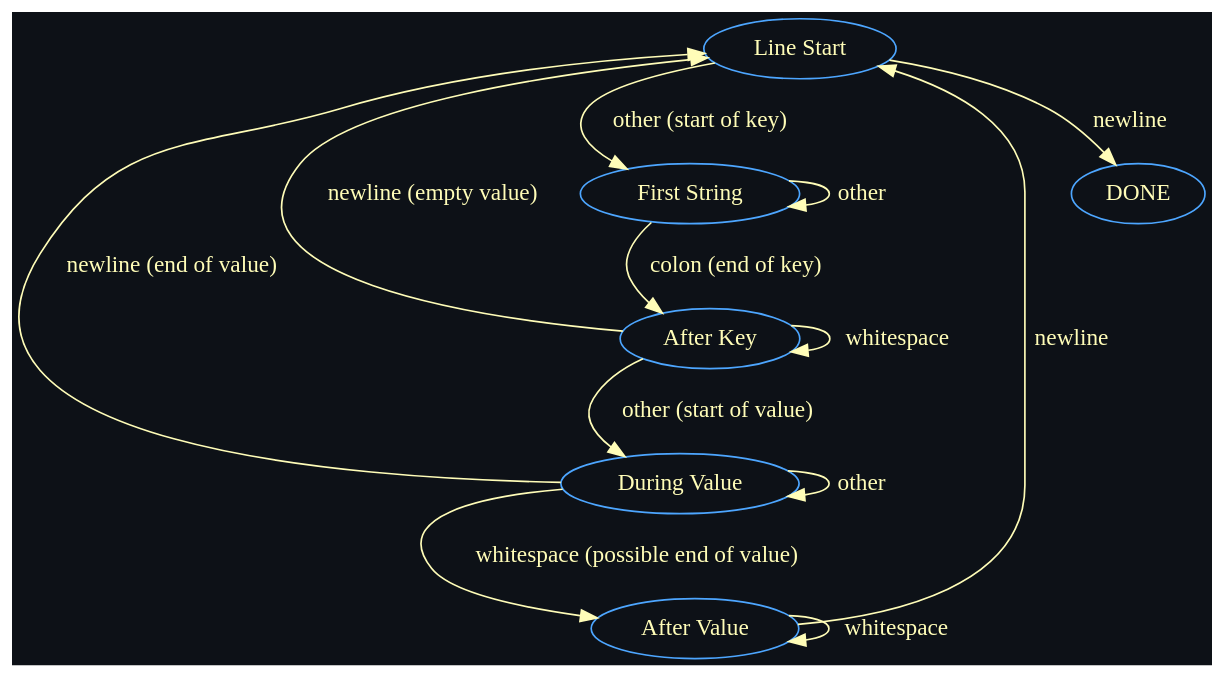
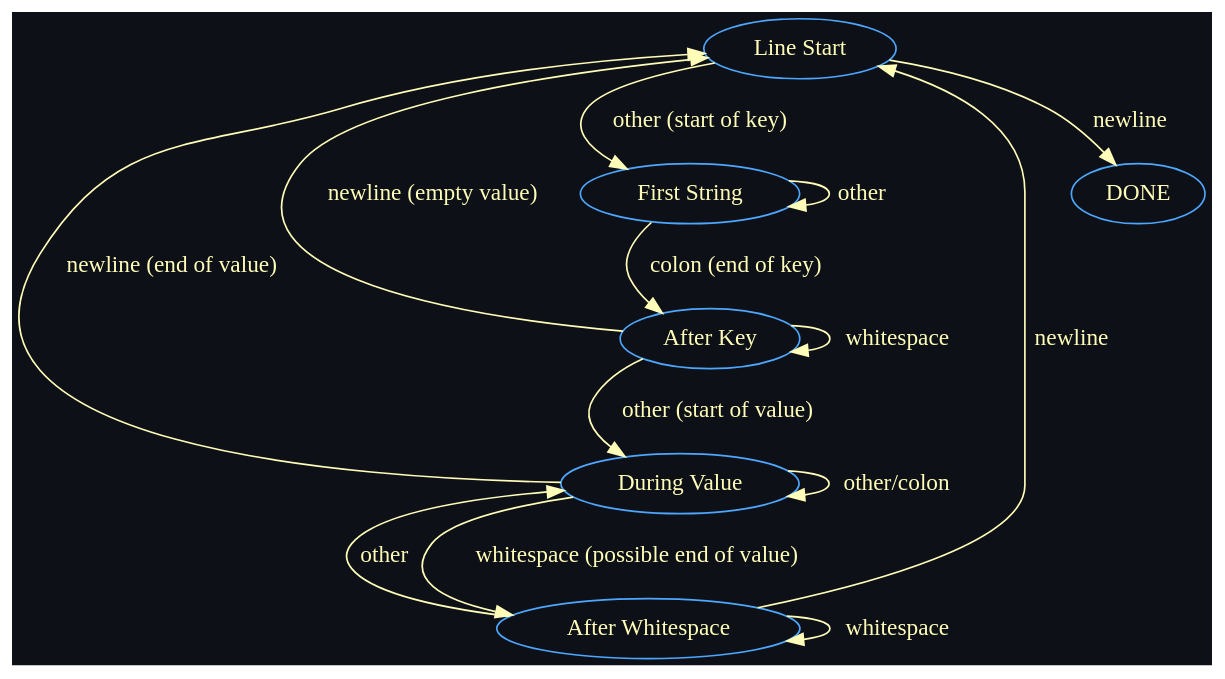
The diagram in header-parser-state-machine.dot (felipeasimos/minhttp), drawn with Graphviz before and after one commit. The commit also changed 1 other file, not shown here.

Commit message:
update README.md with 'after whitespace' state

```diff
--- a/header-parser-state-machine.dot
+++ b/header-parser-state-machine.dot
@@ -1,20 +1,21 @@
 digraph HeaderParser {
   node [group=main, color="#4DA6FF", fontcolor="#FFFDB8"];
   edge [style=invis, weight=100, overlap=0, constraint=true, fontcolor="#FFFDB8", color="#FFFDB8"];
   graph [layout=dot, fontcolor="#FFFDB8", bgcolor="#0d1117"];
-  "Line Start" -> "First String":e -> "After Key":e -> "During Value":e -> "After Value":e [style=invisible, arrowhead=none];
+  "Line Start" -> "First String":e -> "After Key":e -> "During Value":e -> "After Whitespace":e [style=invisible, arrowhead=none];
   edge [style=solid, weight=1, overlap=scale, constraint=true];
 
   "Line Start" -> "DONE" [label="newline"];
   "Line Start" -> "First String" [label="other (start of key)"];
   "First String" -> "First String" [label="other"];
   "First String" -> "After Key" [label="colon (end of key)"];
   "After Key" -> "Line Start" [label="newline (empty value)"];
   "After Key" -> "After Key" [label="whitespace"];
   "After Key" -> "During Value" [label="other (start of value)"];
   "During Value" -> "Line Start" [label="newline (end of value)"];
-  "During Value" -> "During Value" [label="other"];
-  "During Value" -> "After Value" [label="whitespace (possible end of value)"];
-  "After Value" -> "After Value" [label="whitespace"];
-  "After Value" -> "Line Start" [label="newline"];
+  "During Value" -> "During Value" [label="other/colon"];
+  "During Value" -> "After Whitespace" [label="whitespace (possible end of value)"];
+  "After Whitespace" -> "Line Start" [label="newline"];
+  "After Whitespace" -> "During Value" [label="other"];
+  "After Whitespace" -> "After Whitespace" [label="whitespace"];
 }
```
